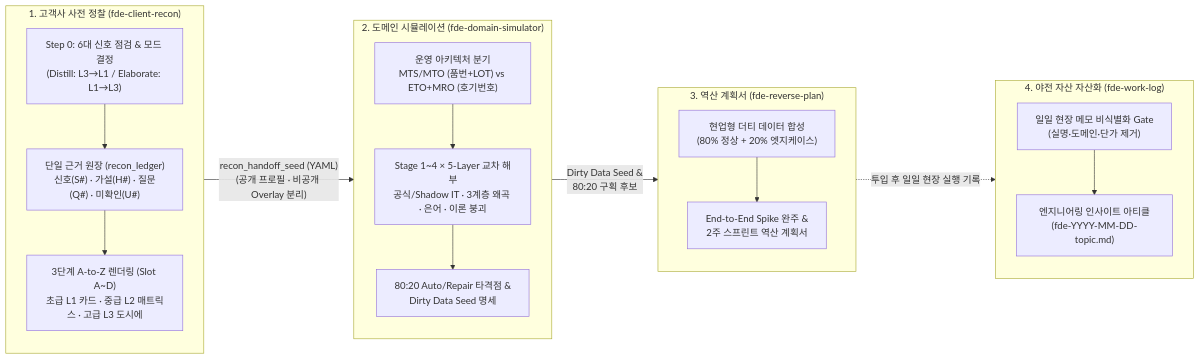
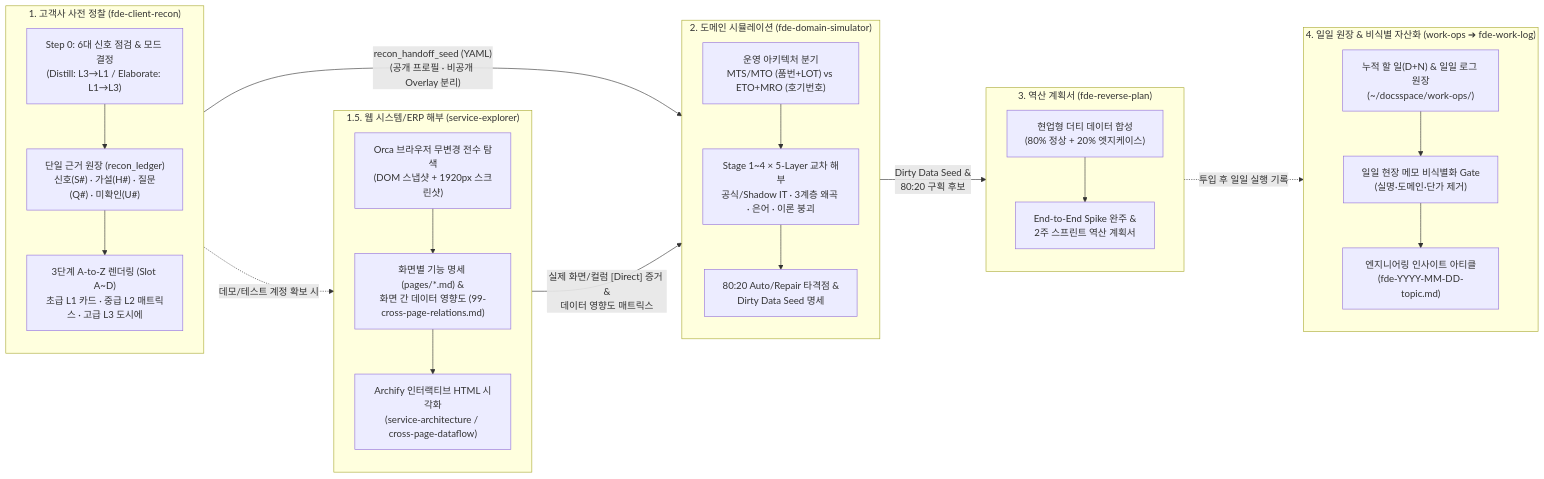
Before and after one commit to Dae-Jeong/fde-skills: the diagram in README.md, drawn with Mermaid. The commit also changed other lines of this file and 9 other files, not shown here.

Commit message:
feat: integrate service-explorer, work-ops, diagram-renderer and unify multi-agent & vault setup

````diff
--- a/README.md
+++ b/README.md
@@ -18,36 +24,47 @@
 ```mermaid
 flowchart LR
   subgraph S1["1. 고객사 사전 정찰 (fde-client-recon)"]
     direction TB
     R0["Step 0: 6대 신호 점검 & 모드 결정<br/>(Distill: L3→L1 / Elaborate: L1→L3)"]
     R1["단일 근거 원장 (recon_ledger)<br/>신호(S#) · 가설(H#) · 질문(Q#) · 미확인(U#)"]
     R2["3단계 A-to-Z 렌더링 (Slot A~D)<br/>초급 L1 카드 · 중급 L2 매트릭스 · 고급 L3 도시에"]
     R0 --> R1 --> R2
+  end
+
+  subgraph S1_5["1.5. 웹 시스템/ERP 해부 (service-explorer)"]
+    direction TB
+    E1["Orca 브라우저 무변경 전수 탐색<br/>(DOM 스냅샷 + 1920px 스크린샷)"]
+    E2["화면별 기능 명세 (pages/*.md) &<br/>화면 간 데이터 영향도 (99-cross-page-relations.md)"]
+    E3["Archify 인터랙티브 HTML 시각화<br/>(service-architecture / cross-page-dataflow)"]
+    E1 --> E2 --> E3
   end
 
   subgraph S2["2. 도메인 시뮬레이션 (fde-domain-simulator)"]
     direction TB
     D1["운영 아키텍처 분기<br/>MTS/MTO (품번+LOT) vs ETO+MRO (호기번호)"]
     D2["Stage 1~4 × 5-Layer 교차 해부<br/>공식/Shadow IT · 3계층 왜곡 · 은어 · 이론 붕괴"]
     D3["80:20 Auto/Repair 타격점 &<br/>Dirty Data Seed 명세"]
     D1 --> D2 --> D3
   end
 
   subgraph S3["3. 역산 계획서 (fde-reverse-plan)"]
     direction TB
     P1["현업형 더티 데이터 합성<br/>(80% 정상 + 20% 엣지케이스)"]
     P2["End-to-End Spike 완주 &<br/>2주 스프린트 역산 계획서"]
     P1 --> P2
   end
 
-  subgraph S4["4. 야전 자산 자산화 (fde-work-log)"]
+  subgraph S4["4. 일일 원장 & 비식별 자산화 (work-ops ➔ fde-work-log)"]
     direction TB
+    W0["누적 할 일(D+N) & 일일 로그 원장<br/>(~/docsspace/work-ops/)"]
     W1["일일 현장 메모 비식별화 Gate<br/>(실명·도메인·단가 제거)"]
     W2["엔지니어링 인사이트 아티클<br/>(fde-YYYY-MM-DD-topic.md)"]
-    W1 --> W2
+    W0 --> W1 --> W2
   end
 
   S1 -- "recon_handoff_seed (YAML)<br/>(공개 프로필 · 비공개 Overlay 분리)" --> S2
+  S1 -. "데모/테스트 계정 확보 시" .-> S1_5
+  S1_5 -- "실제 화면/컬럼 [Direct] 증거 &<br/>데이터 영향도 매트릭스" --> S2
   S2 -- "Dirty Data Seed &<br/>80:20 구획 후보" --> S3
-  S3 -. "투입 후 일일 현장 실행 기록" .-> S4
+  S3 -. "투입 후 일일 실행 기록" .-> S4
 ```
````
